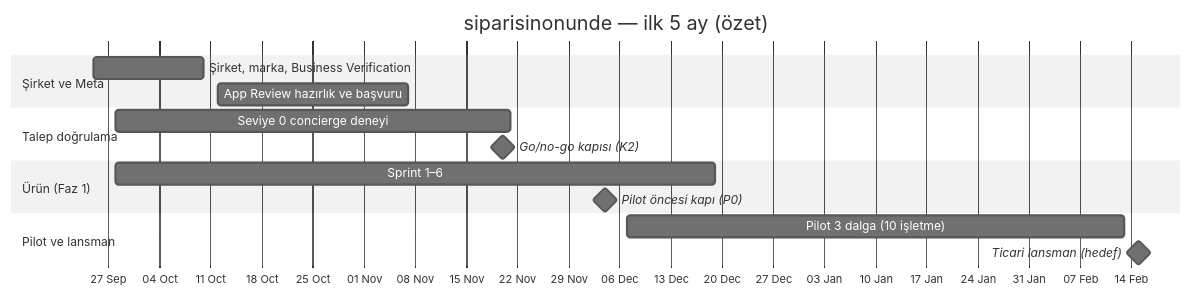
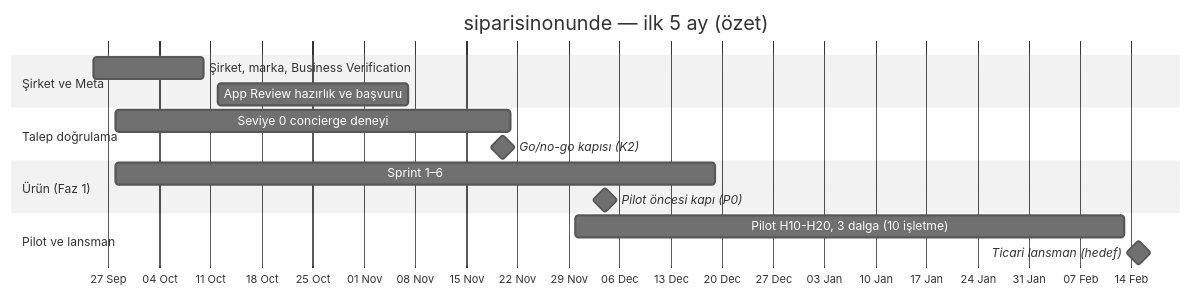
One commit to eraycaylak/siparisinonunde changed the diagram in docs/00-yonetici-ozeti.md. Above: the diagram before and after it, drawn with Mermaid (neutral theme). The commit also changed other lines of this file and 12 other files, not shown here.

````diff
--- a/docs/00-yonetici-ozeti.md
+++ b/docs/00-yonetici-ozeti.md
@@ -92,18 +96,18 @@
 ```mermaid
 gantt
   title siparisinonunde — ilk 5 ay (özet)
   dateFormat YYYY-MM-DD
   axisFormat %d %b
   section Şirket ve Meta
   Şirket, marka, Business Verification :a1, 2026-09-25, 15d
   App Review hazırlık ve başvuru       :a2, 2026-10-12, 26d
   section Talep doğrulama
   Seviye 0 concierge deneyi            :b1, 2026-09-28, 54d
   Go/no-go kapısı (K2)                 :milestone, 2026-11-20, 0d
   section Ürün (Faz 1)
   Sprint 1–6                           :c1, 2026-09-28, 82d
   Pilot öncesi kapı (P0)               :milestone, 2026-12-04, 0d
   section Pilot ve lansman
-  Pilot 3 dalga (10 işletme)           :d1, 2026-12-07, 68d
+  Pilot H10-H20, 3 dalga (10 işletme)  :d1, 2026-11-30, 75d
   Ticari lansman (hedef)               :milestone, 2027-02-15, 0d
 ```
````
